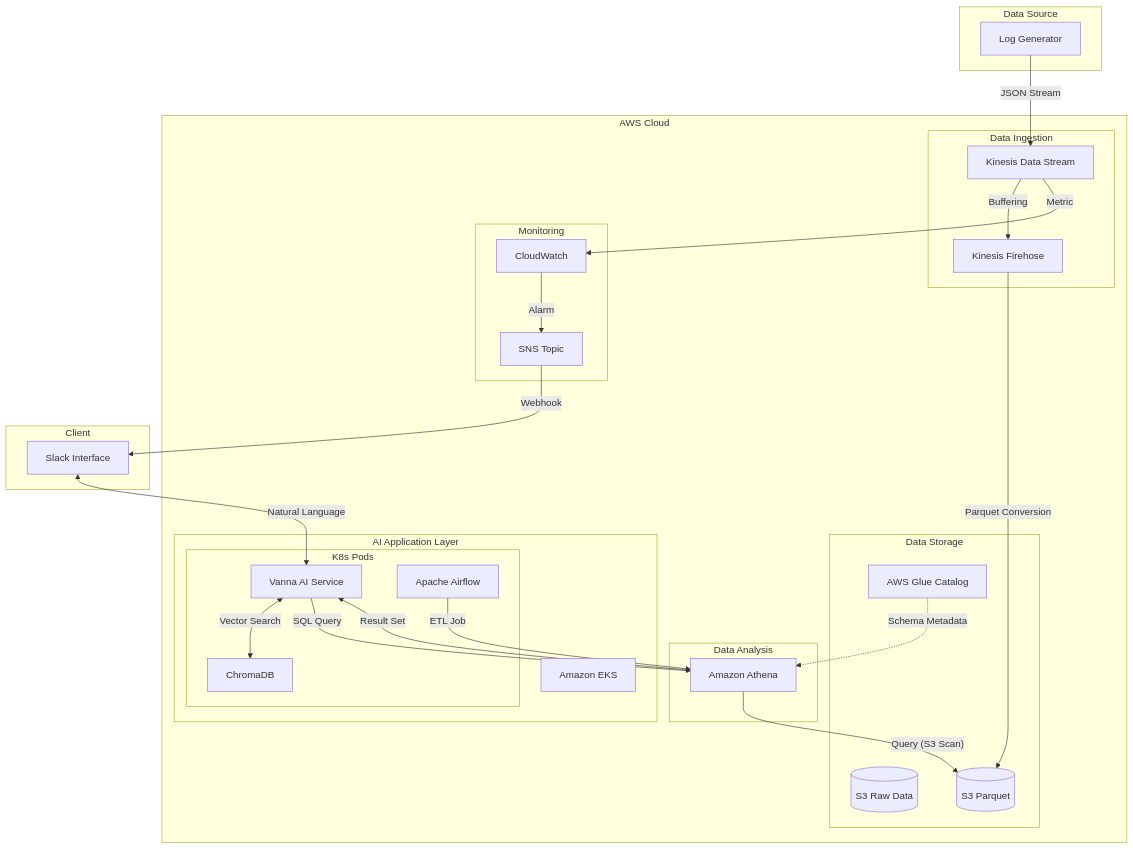
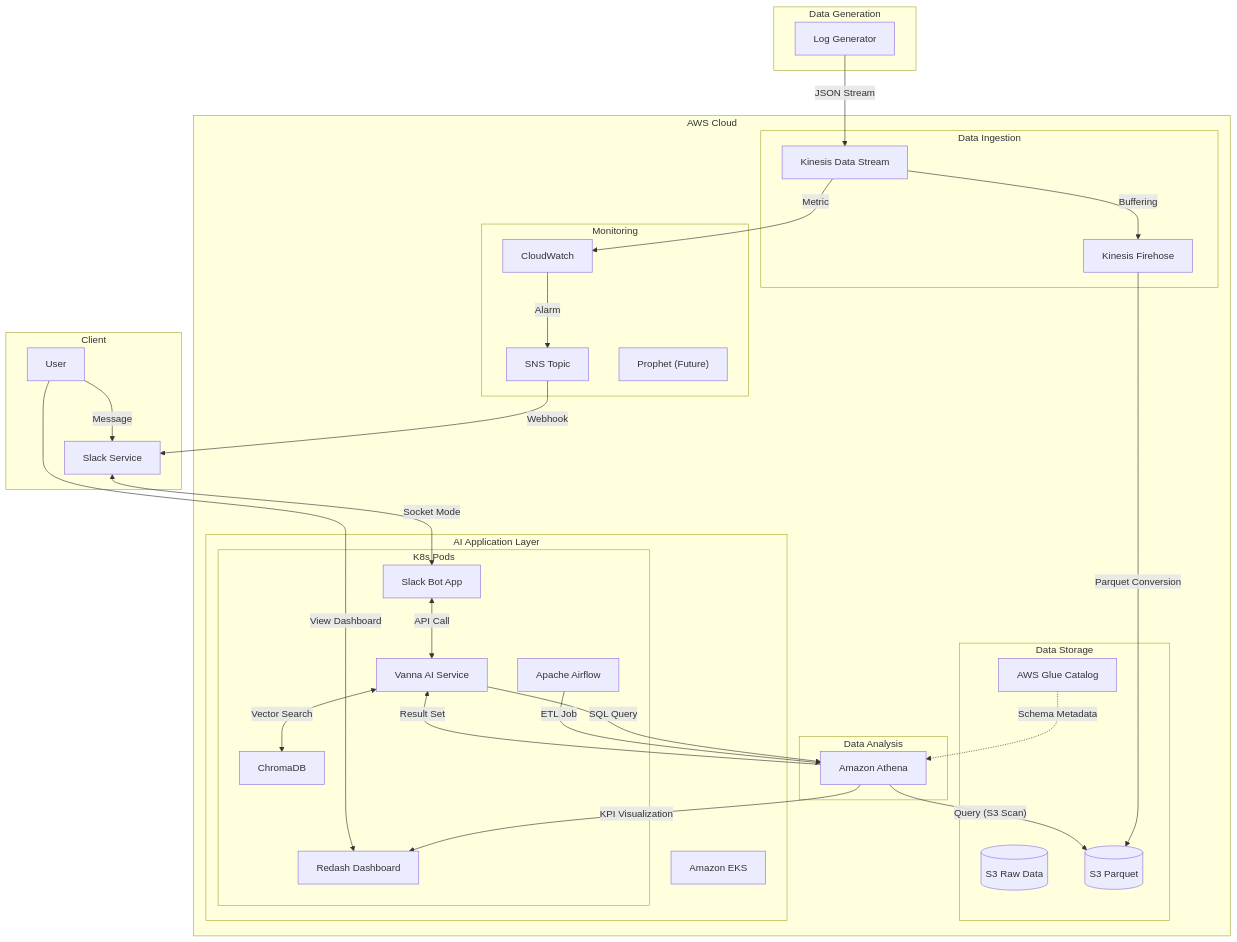
One commit to janghyunwoo2/CAPA changed the first of 2 diagrams in docs/t1/implementation_guide.md. Above: the diagram before and after it, drawn with Mermaid. The commit also changed other lines of this file, not shown here.

Commit message:
feat: 아키텍처 누락 추가

````diff
--- a/docs/t1/implementation_guide.md
+++ b/docs/t1/implementation_guide.md
@@ -39,58 +39,67 @@
 ```mermaid
-graph TB
-    subgraph DataSource["Data Source"]
+flowchart TB
+    subgraph DataGen["Data Generation"]
         LogGen[Log Generator]
     end
 
     subgraph AWS["AWS Cloud"]
         subgraph Ingestion["Data Ingestion"]
             KDS[Kinesis Data Stream]
             KDF[Kinesis Firehose]
         end
 
         subgraph Storage["Data Storage"]
             S3_Raw[(S3 Raw Data)]
             S3_Processed[(S3 Parquet)]
             Glue[AWS Glue Catalog]
         end
 
         subgraph Analysis["Data Analysis"]
             Athena[Amazon Athena]
         end
 
         subgraph AI_App["AI Application Layer"]
             EKS[Amazon EKS]
             subgraph Pods["K8s Pods"]
                 Vanna[Vanna AI Service]
                 Chroma[ChromaDB]
                 Airflow[Apache Airflow]
+                Redash[Redash Dashboard]
+                SlackBot[Slack Bot App]
             end
         end
         
         subgraph Monitoring["Monitoring"]
             CW[CloudWatch]
             SNS[SNS Topic]
+            Prophet["Prophet (Future)"]
         end
     end
 
     subgraph Client["Client"]
-        Slack[Slack Interface]
+        SlackUI[Slack Service]
+        User[User]
     end
 
     LogGen -->|"JSON Stream"| KDS
     KDS -->|"Buffering"| KDF
     KDF -->|"Parquet Conversion"| S3_Processed
     Glue -.->|"Schema Metadata"| Athena
     Athena -->|"Query (S3 Scan)"| S3_Processed
     
-    Slack <-->|"Natural Language"| Vanna
+    User -->|"Message"| SlackUI
+    SlackUI <-->|"Socket Mode"| SlackBot
+    SlackBot <-->|"API Call"| Vanna
     Vanna <-->|"Vector Search"| Chroma
     Vanna -->|"SQL Query"| Athena
     Athena -->|"Result Set"| Vanna
     
     Airflow -->|"ETL Job"| Athena
     
     KDS -->|"Metric"| CW
     CW -->|"Alarm"| SNS
-    SNS -->|"Webhook"| Slack
+    SNS -->|"Webhook"| SlackUI
+    
+    Athena -->|"KPI Visualization"| Redash
+    User -->|"View Dashboard"| Redash
 ```
````
